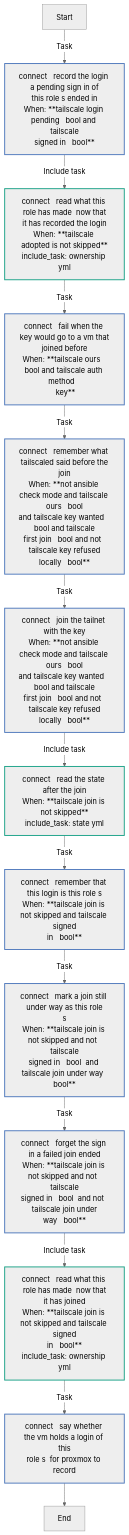
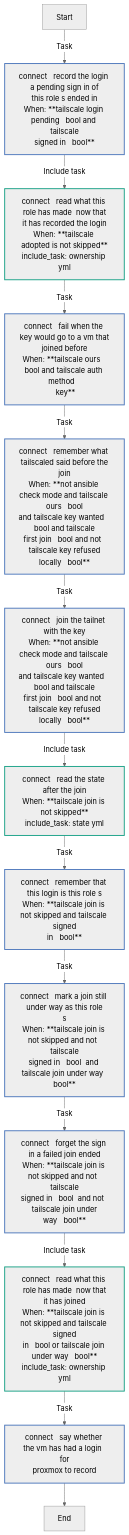
One commit to kawadeomkar/agent-warehouse changed the fourth of 13 diagrams in docs/reference/roles/tailscale.md. Above: the diagram before and after it, drawn with Mermaid (neutral theme). The commit also changed other lines of this file and 21 other files, not shown here.

First line of the commit message:
fix(tailscale): record every Tailscale login a run sees, VM by VM

````diff
--- a/docs/reference/roles/tailscale.md
+++ b/docs/reference/roles/tailscale.md
@@ -305,25 +306,25 @@
 ```mermaid
 flowchart TD
 Start
 classDef block stroke:#3498db,stroke-width:2px;
 classDef task stroke:#4b76bb,stroke-width:2px;
 classDef includeTasks stroke:#16a085,stroke-width:2px;
 classDef importTasks stroke:#34495e,stroke-width:2px;
 classDef includeRole stroke:#2980b9,stroke-width:2px;
 classDef importRole stroke:#699ba7,stroke-width:2px;
 classDef includeVars stroke:#8e44ad,stroke-width:2px;
 classDef rescue stroke:#665352,stroke-width:2px;
 
   Start-->|Task| connect___Record_the_login_a_pending_sign_in_of_this_role_s_ended_in0[connect   record the login a pending sign in of<br>this role s ended in<br>When: **tailscale login pending   bool and tailscale<br>signed in   bool**]:::task
   connect___Record_the_login_a_pending_sign_in_of_this_role_s_ended_in0-->|Include task| connect___Read_what_this_role_has_made__now_that_it_has_recorded_the_login_ownership_yml_1[connect   read what this role has made  now that<br>it has recorded the login<br>When: **tailscale adopted is not skipped**<br>include_task: ownership yml]:::includeTasks
   connect___Read_what_this_role_has_made__now_that_it_has_recorded_the_login_ownership_yml_1-->|Task| connect___Fail_when_the_key_would_go_to_a_VM_that_joined_before2[connect   fail when the key would go to a vm that<br>joined before<br>When: **tailscale ours   bool and tailscale auth method   <br> key**]:::task
   connect___Fail_when_the_key_would_go_to_a_VM_that_joined_before2-->|Task| connect___Remember_what_tailscaled_said_before_the_join3[connect   remember what tailscaled said before the<br>join<br>When: **not ansible check mode and tailscale ours   bool<br>and tailscale key wanted   bool and tailscale<br>first join   bool and not  tailscale key refused<br>locally   bool**]:::task
   connect___Remember_what_tailscaled_said_before_the_join3-->|Task| connect___Join_the_tailnet_with_the_key4[connect   join the tailnet with the key<br>When: **not ansible check mode and tailscale ours   bool<br>and tailscale key wanted   bool and tailscale<br>first join   bool and not  tailscale key refused<br>locally   bool**]:::task
   connect___Join_the_tailnet_with_the_key4-->|Include task| connect___Read_the_state_after_the_join_state_yml_5[connect   read the state after the join<br>When: **tailscale join is not skipped**<br>include_task: state yml]:::includeTasks
   connect___Read_the_state_after_the_join_state_yml_5-->|Task| connect___Remember_that_this_login_is_this_role_s6[connect   remember that this login is this role s<br>When: **tailscale join is not skipped and tailscale signed<br>in   bool**]:::task
   connect___Remember_that_this_login_is_this_role_s6-->|Task| connect___Mark_a_join_still_under_way_as_this_role_s7[connect   mark a join still under way as this role<br>s<br>When: **tailscale join is not skipped and not  tailscale<br>signed in   bool  and tailscale join under way  <br>bool**]:::task
   connect___Mark_a_join_still_under_way_as_this_role_s7-->|Task| connect___Forget_the_sign_in_a_failed_join_ended8[connect   forget the sign in a failed join ended<br>When: **tailscale join is not skipped and not  tailscale<br>signed in   bool  and not  tailscale join under<br>way   bool**]:::task
-  connect___Forget_the_sign_in_a_failed_join_ended8-->|Include task| connect___Read_what_this_role_has_made__now_that_it_has_joined_ownership_yml_9[connect   read what this role has made  now that<br>it has joined<br>When: **tailscale join is not skipped and tailscale signed<br>in   bool**<br>include_task: ownership yml]:::includeTasks
-  connect___Read_what_this_role_has_made__now_that_it_has_joined_ownership_yml_9-->|Task| connect___Say_whether_the_VM_holds_a_login_of_this_role_s__for_Proxmox_to_record10[connect   say whether the vm holds a login of this<br>role s  for proxmox to record]:::task
-  connect___Say_whether_the_VM_holds_a_login_of_this_role_s__for_Proxmox_to_record10-->End
+  connect___Forget_the_sign_in_a_failed_join_ended8-->|Include task| connect___Read_what_this_role_has_made__now_that_it_has_joined_ownership_yml_9[connect   read what this role has made  now that<br>it has joined<br>When: **tailscale join is not skipped and tailscale signed<br>in   bool or tailscale join under way   bool**<br>include_task: ownership yml]:::includeTasks
+  connect___Read_what_this_role_has_made__now_that_it_has_joined_ownership_yml_9-->|Task| connect___Say_whether_the_VM_has_had_a_login__for_Proxmox_to_record10[connect   say whether the vm has had a login  for<br>proxmox to record]:::task
+  connect___Say_whether_the_VM_has_had_a_login__for_Proxmox_to_record10-->End
 ```
````
